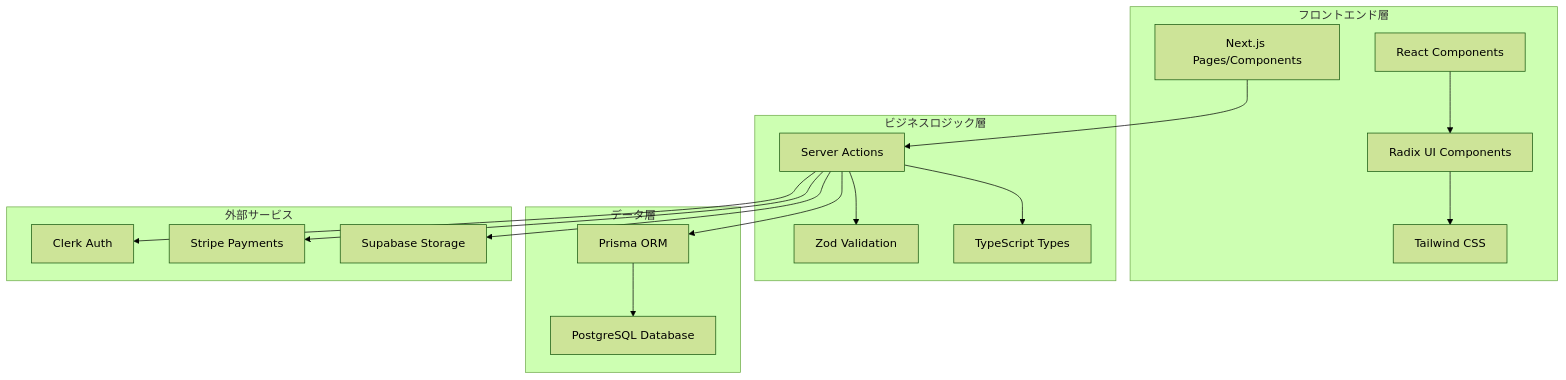
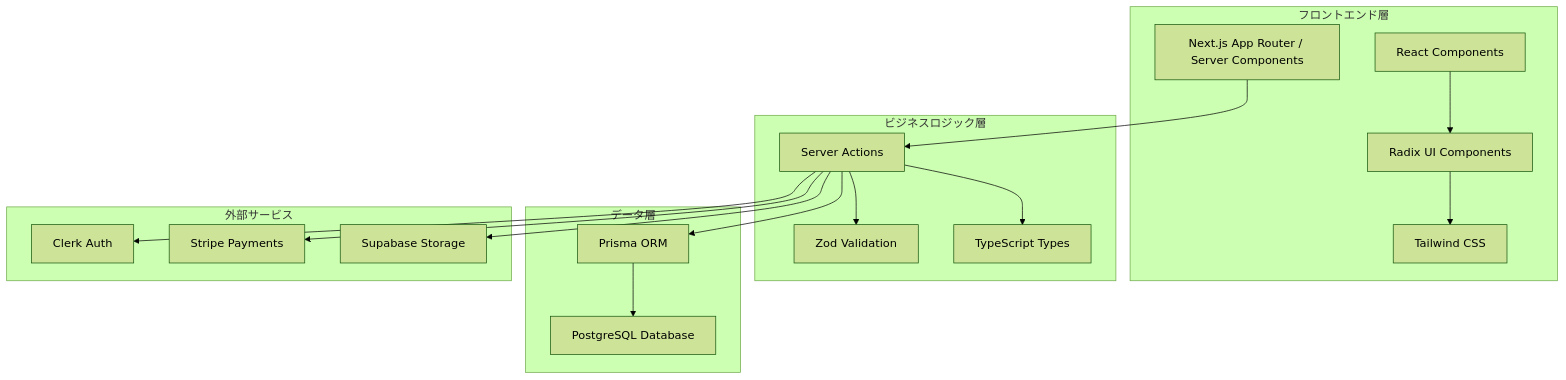
Before and after one commit to myoshi2891/AirbnbCloneApp: the first of 4 diagrams in README.md, drawn with Mermaid (forest theme). The commit also changed other lines of this file, not shown here.

Commit message:
docs(readme): align architecture and data protection

````diff
--- a/README.md
+++ b/README.md
@@ -22,37 +22,37 @@
 ```mermaid
 graph TB
     subgraph "フロントエンド層"
-        A[Next.js Pages/Components]
+        A[Next.js App Router / Server Components]
         B[React Components]
         C[Radix UI Components]
         D[Tailwind CSS]
     end
     
     subgraph "ビジネスロジック層"
         E[Server Actions]
         F[Zod Validation]
         G[TypeScript Types]
     end
     
     subgraph "データ層"
         H[Prisma ORM]
         I[PostgreSQL Database]
     end
     
     subgraph "外部サービス"
         J[Clerk Auth]
         K[Stripe Payments]
         L[Supabase Storage]
     end
     
     A --> E
     B --> C
     C --> D
     E --> F
     E --> G
     E --> H
     H --> I
     E --> J
     E --> K
     E --> L
 ```
````
